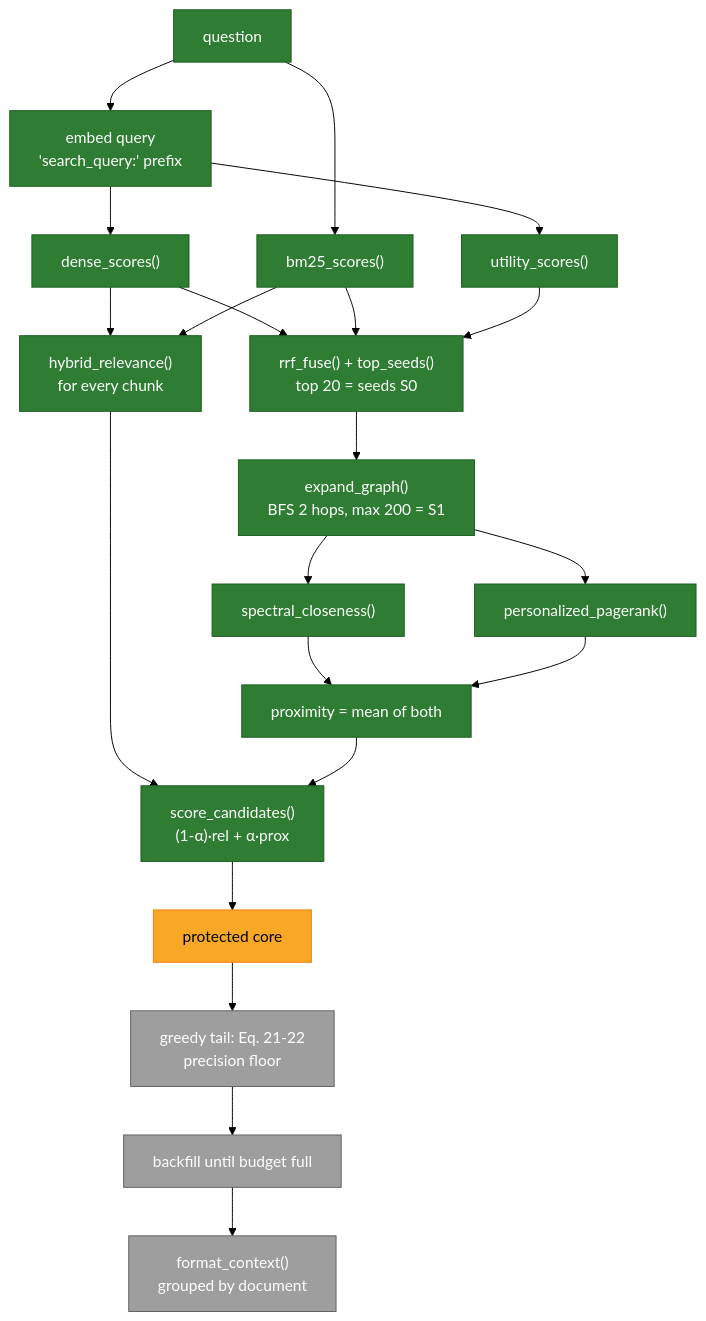
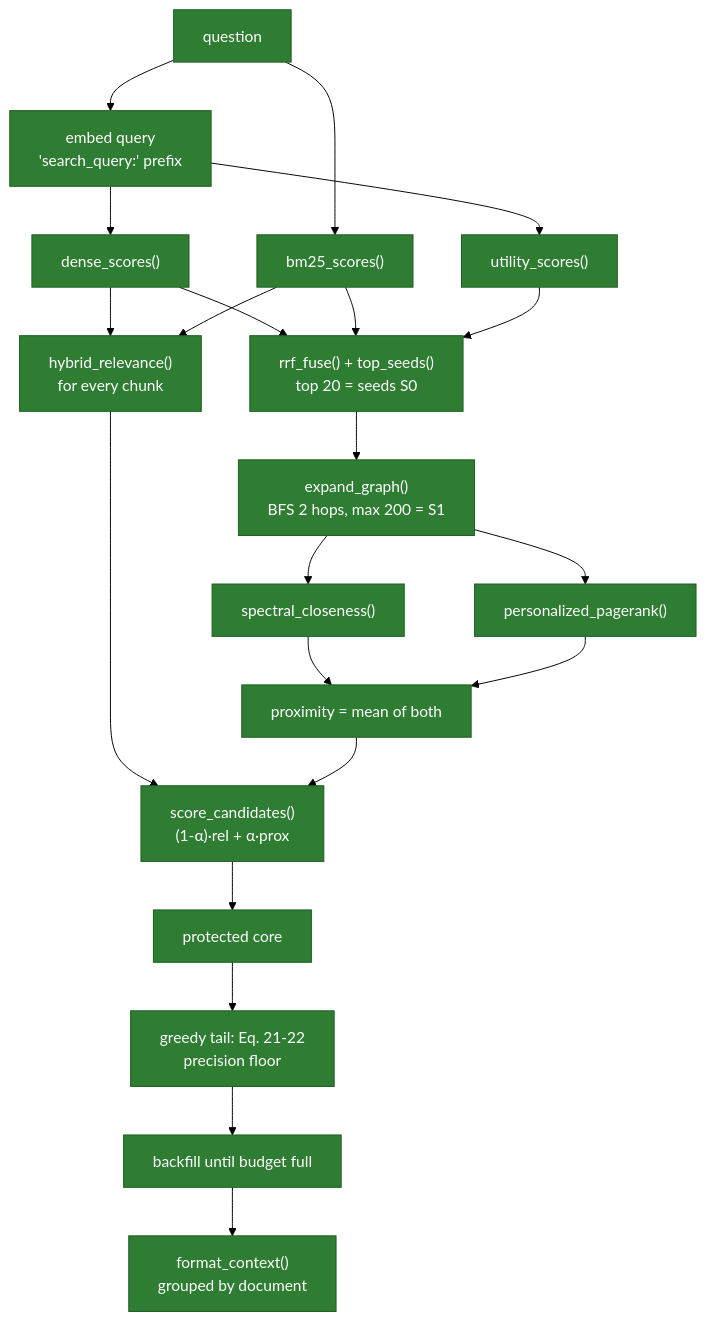
One commit to aion7891/Spect-RAG changed the third of 13 diagrams in README.md. Above: the diagram before and after it, drawn with Mermaid (forest theme). The commit also changed other lines of this file and 8 other files, not shown here.

````diff
--- a/README.md
+++ b/README.md
@@ -229,21 +229,21 @@
 ```mermaid
 flowchart TD
     Q["question"]:::done --> E1["embed query<br/>'search_query:' prefix"]:::done
     E1 --> D1["dense_scores()"]:::done
     Q --> B1["bm25_scores()"]:::done
     E1 --> U1["utility_scores()"]:::done
     D1 & B1 & U1 --> R["rrf_fuse() + top_seeds()<br/>top 20 = seeds S0"]:::done
     D1 & B1 --> REL["hybrid_relevance()<br/>for every chunk"]:::done
     R --> X["expand_graph()<br/>BFS 2 hops, max 200 = S1"]:::done
     X --> P1["spectral_closeness()"]:::done
     X --> P2["personalized_pagerank()"]:::done
     P1 & P2 --> P["proximity = mean of both"]:::done
     REL & P --> S2["score_candidates()<br/>(1-α)·rel + α·prox"]:::done
-    S2 --> C1["protected core"]:::doing
-    C1 --> C2["greedy tail: Eq. 21-22<br/>precision floor"]:::todo
-    C2 --> C3["backfill until budget full"]:::todo
-    C3 --> OUT["format_context()<br/>grouped by document"]:::todo
+    S2 --> C1["protected core"]:::done
+    C1 --> C2["greedy tail: Eq. 21-22<br/>precision floor"]:::done
+    C2 --> C3["backfill until budget full"]:::done
+    C3 --> OUT["format_context()<br/>grouped by document"]:::done
     classDef done fill:#2e7d32,color:#fff,stroke:#1b5e20
     classDef doing fill:#f9a825,color:#000,stroke:#f57f17
     classDef todo fill:#9e9e9e,color:#fff,stroke:#616161
 ```
````
